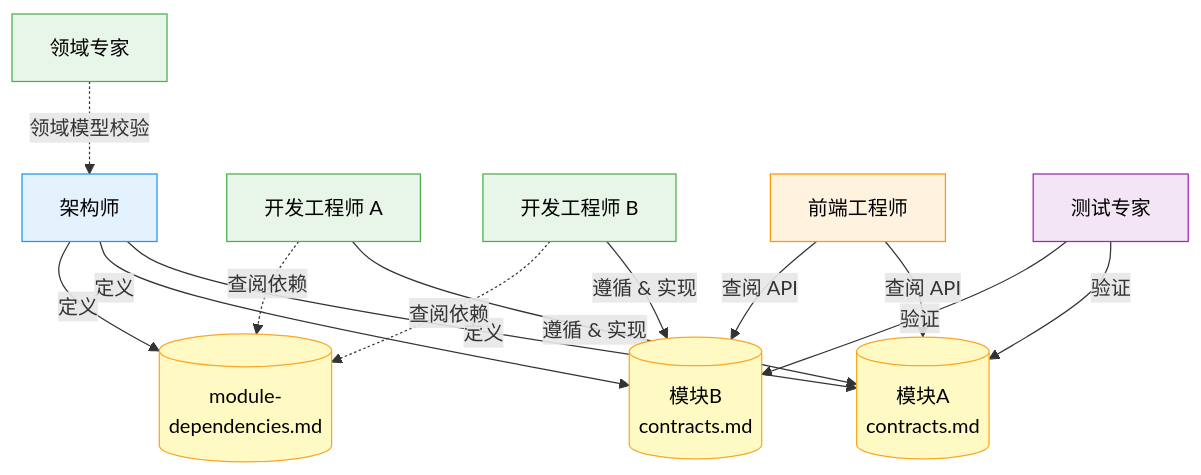
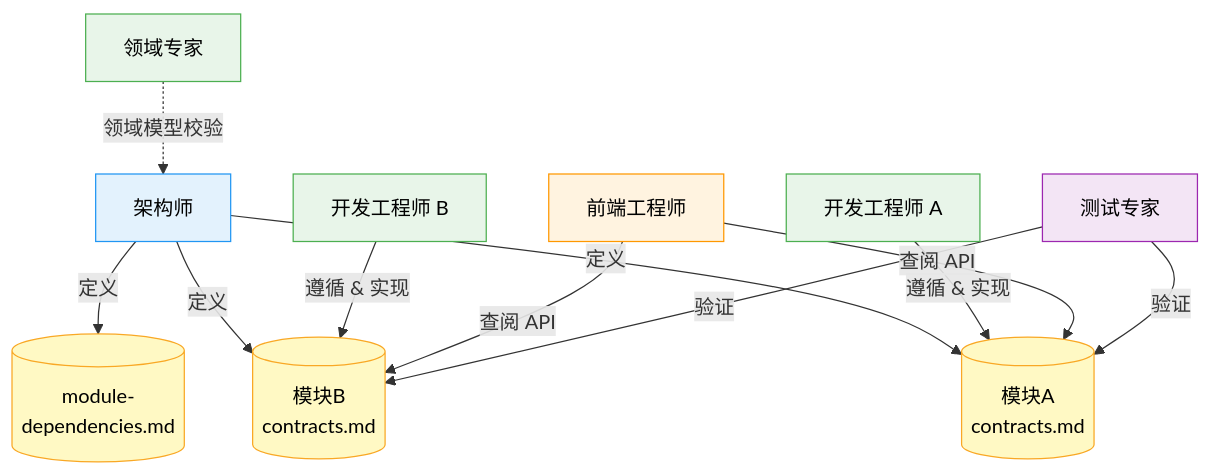
Before and after one commit to strommmm/storms-claude-configuration: the seventh of 13 diagrams in docs/design-philosophy.md, drawn with Mermaid. The commit also changed other lines of this file, not shown here.

````diff
--- a/docs/design-philosophy.md
+++ b/docs/design-philosophy.md
@@ -260,36 +225,33 @@
 ```mermaid
 graph TD
     de["领域专家"]:::green
     arch["架构师"]:::blue
     devA["开发工程师 A"]:::green
     devB["开发工程师 B"]:::green
     fe["前端工程师"]:::orange
     tester["测试专家"]:::purple
 
     cA[("模块A<br/>contracts.md")]:::doc
     cB[("模块B<br/>contracts.md")]:::doc
     dep[("module-<br/>dependencies.md")]:::doc
 
     de -. "领域模型校验" .-> arch
     arch -- "定义" --> cA
     arch -- "定义" --> cB
     arch -- "定义" --> dep
 
     devA -- "遵循 & 实现" --> cA
     devB -- "遵循 & 实现" --> cB
 
     fe -- "查阅 API" --> cA
     fe -- "查阅 API" --> cB
 
-    devA -. "查阅依赖" .-> dep
-    devB -. "查阅依赖" .-> dep
-
     tester -- "验证" --> cA
     tester -- "验证" --> cB
 
     classDef green fill:#E8F5E9,stroke:#4CAF50,color:#000
     classDef blue fill:#E3F2FD,stroke:#2196F3,color:#000
     classDef orange fill:#FFF3E0,stroke:#FF9800,color:#000
     classDef purple fill:#F3E5F5,stroke:#9C27B0,color:#000
     classDef doc fill:#FFF9C4,stroke:#F9A825,color:#000
 ```
````
